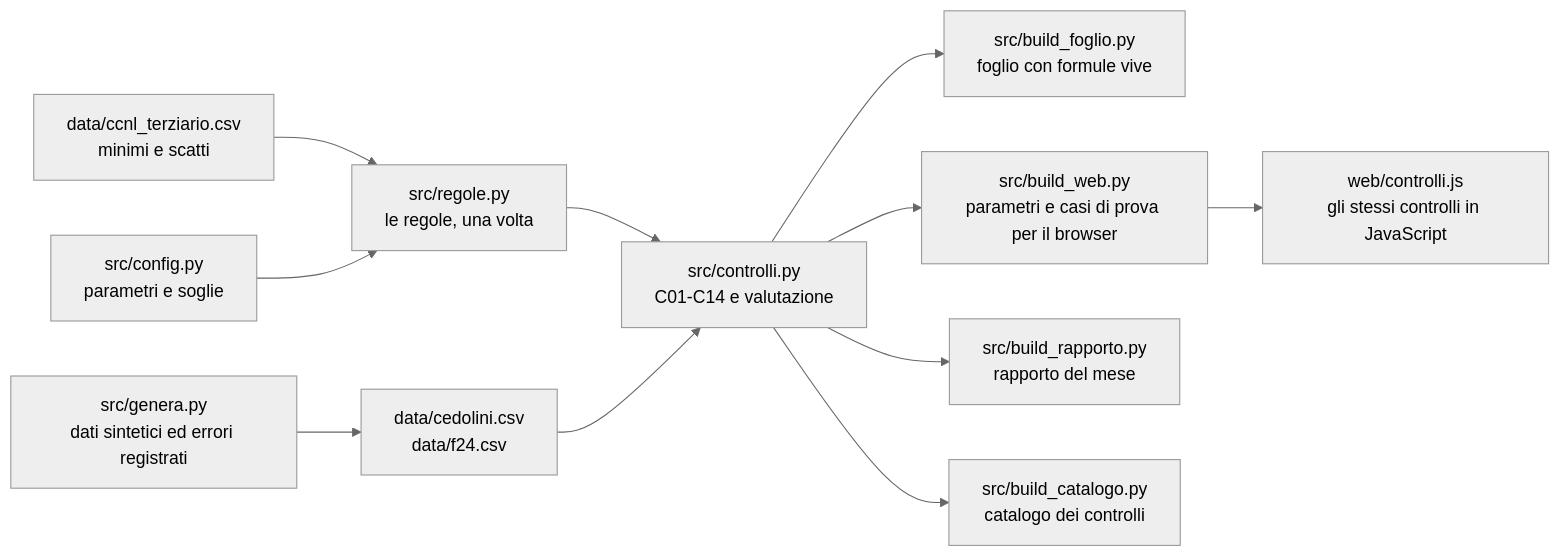
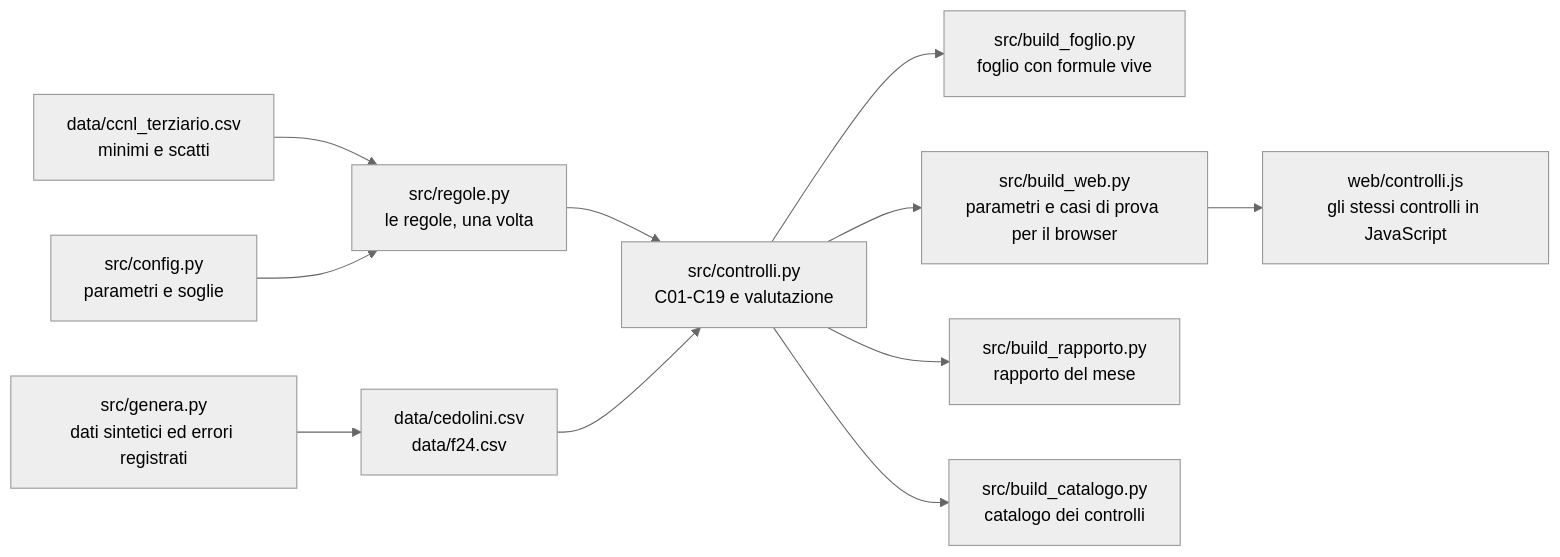
One commit to D0M3N1C0X/controlli-cedolini changed the diagram in docs/architettura.md. Above: the diagram before and after it, drawn with Mermaid (neutral theme). The commit also changed other lines of this file and 38 other files, not shown here.

````diff
--- a/docs/architettura.md
+++ b/docs/architettura.md
@@ -9,13 +9,13 @@
 ```mermaid
 flowchart LR
     T["data/ccnl_terziario.csv<br>minimi e scatti"] --> R["src/regole.py<br>le regole, una volta"]
     P["src/config.py<br>parametri e soglie"] --> R
     G["src/genera.py<br>dati sintetici ed errori registrati"] --> D["data/cedolini.csv<br>data/f24.csv"]
-    R --> K["src/controlli.py<br>C01-C14 e valutazione"]
+    R --> K["src/controlli.py<br>C01-C19 e valutazione"]
     D --> K
     K --> F["src/build_foglio.py<br>foglio con formule vive"]
     K --> W["src/build_web.py<br>parametri e casi di prova per il browser"]
     K --> B["src/build_rapporto.py<br>rapporto del mese"]
     K --> Q["src/build_catalogo.py<br>catalogo dei controlli"]
     W --> J["web/controlli.js<br>gli stessi controlli in JavaScript"]
 ```
````
